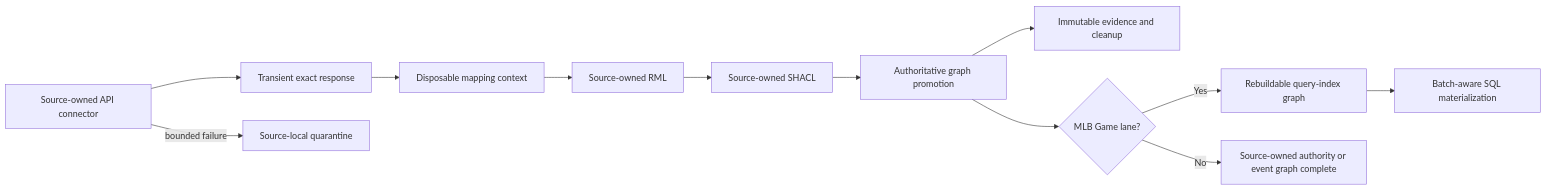
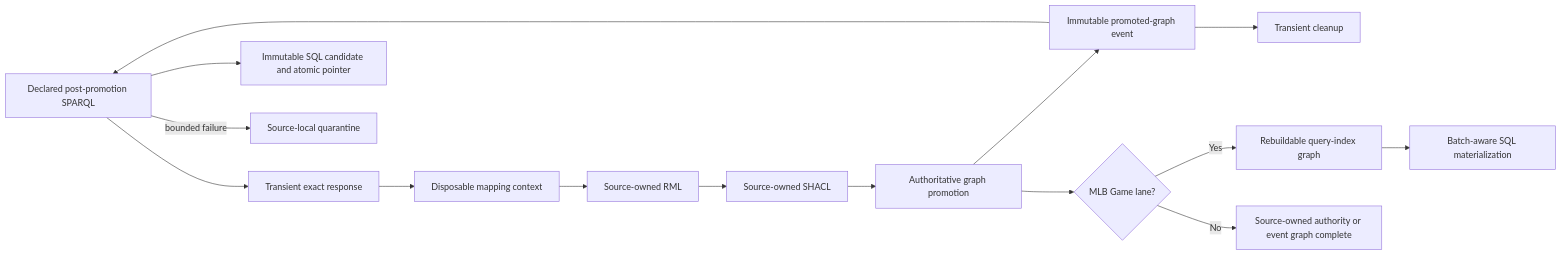
One commit to CarterBeauBenson/BaseballO changed the diagram in Baseball/scripts/pipeline/README.md. Above: the diagram before and after it, drawn with Mermaid. The commit also changed other lines of this file and 133 other files, not shown here.

````diff
--- a/Baseball/scripts/pipeline/README.md
+++ b/Baseball/scripts/pipeline/README.md
@@ -21,14 +21,17 @@
 ```mermaid
 flowchart LR
     A[Source-owned API connector] --> T[Transient exact response]
     T --> C[Disposable mapping context]
     C --> M[Source-owned RML]
     M --> S[Source-owned SHACL]
     S --> P[Authoritative graph promotion]
-    P --> E[Immutable evidence and cleanup]
+    P --> E[Immutable promoted-graph event]
+    E --> C2[Transient cleanup]
     P --> G{MLB Game lane?}
     G -->|Yes| I[Rebuildable query-index graph]
     I --> B[Batch-aware SQL materialization]
     G -->|No| X[Source-owned authority or event graph complete]
+    E --> A[Declared post-promotion SPARQL]
+    A --> D[Immutable SQL candidate and atomic pointer]
     A -->|bounded failure| Q[Source-local quarantine]
 ```
````
